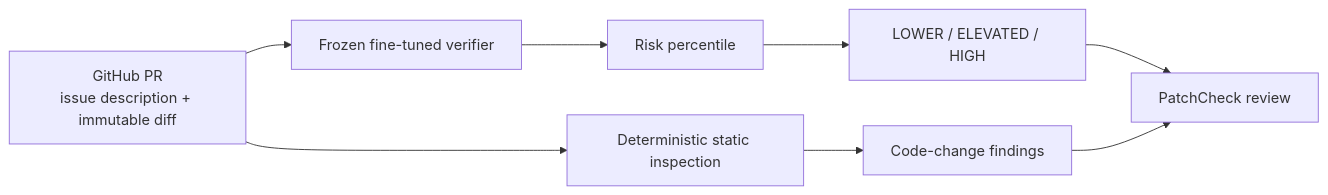
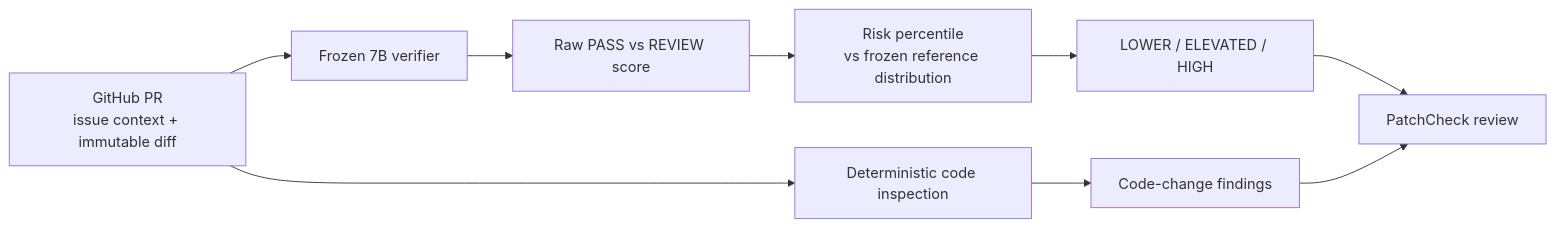
The first of 2 diagrams in README.md (tkim602/PatchCheck), drawn with Mermaid before and after one commit. The commit also changed other lines of this file, not shown here.

````diff
--- a/README.md
+++ b/README.md
@@ -70,15 +190,16 @@
 ```mermaid
 flowchart LR
-    PR[GitHub PR<br/>issue description + immutable diff]
+    PR[GitHub PR<br/>issue context + immutable diff]
 
-    PR --> MODEL[Frozen fine-tuned verifier]
-    PR --> STATIC[Deterministic static inspection]
+    PR --> MODEL[Frozen 7B verifier]
+    PR --> STATIC[Deterministic code inspection]
 
-    MODEL --> RP[Risk percentile]
+    MODEL --> SCORE[Raw PASS vs REVIEW score]
+    SCORE --> RP[Risk percentile<br/>vs frozen reference distribution]
     RP --> SIGNAL[LOWER / ELEVATED / HIGH]
 
     STATIC --> FLAGS[Code-change findings]
 
     SIGNAL --> OUT[PatchCheck review]
     FLAGS --> OUT
 ```
````
